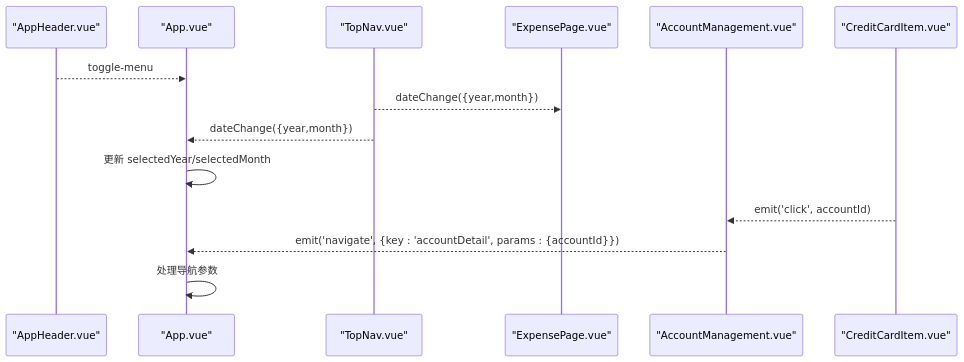
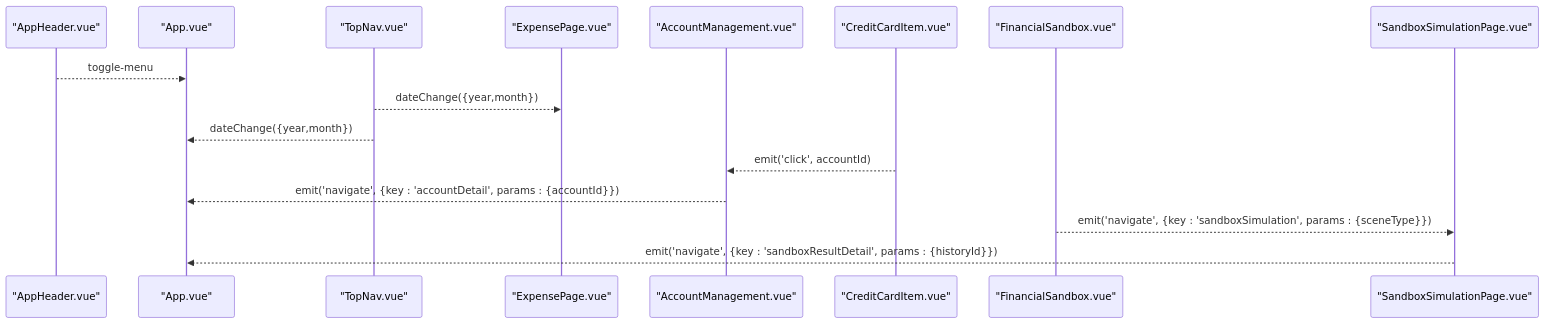
The fifth of 9 diagrams in .qoder/repowiki/zh/content/架构设计/组件通信机制.md (xiao-lin-unit/yuan), drawn with Mermaid before and after one commit. The commit also changed other lines of this file and 24 other files, not shown here.

````diff
--- a/.qoder/repowiki/zh/content/架构设计/组件通信机制.md
+++ b/.qoder/repowiki/zh/content/架构设计/组件通信机制.md
@@ -248,16 +295,18 @@
 ```mermaid
 sequenceDiagram
 participant Header as "AppHeader.vue"
 participant App as "App.vue"
 participant TopNav as "TopNav.vue"
 participant Exp as "ExpensePage.vue"
 participant AccMgr as "AccountManagement.vue"
 participant CardItem as "CreditCardItem.vue"
+participant Sandbox as "FinancialSandbox.vue"
+participant SimPage as "SandboxSimulationPage.vue"
 Header-->>App : toggle-menu
 TopNav-->>Exp : dateChange({year,month})
 TopNav-->>App : dateChange({year,month})
-App->>App : 更新 selectedYear/selectedMonth
 CardItem-->>AccMgr : emit('click', accountId)
 AccMgr-->>App : emit('navigate', {key : 'accountDetail', params : {accountId}})
-App->>App : 处理导航参数
+Sandbox-->>SimPage : emit('navigate', {key : 'sandboxSimulation', params : {sceneType}})
+SimPage-->>App : emit('navigate', {key : 'sandboxResultDetail', params : {historyId}})
 ```
````
